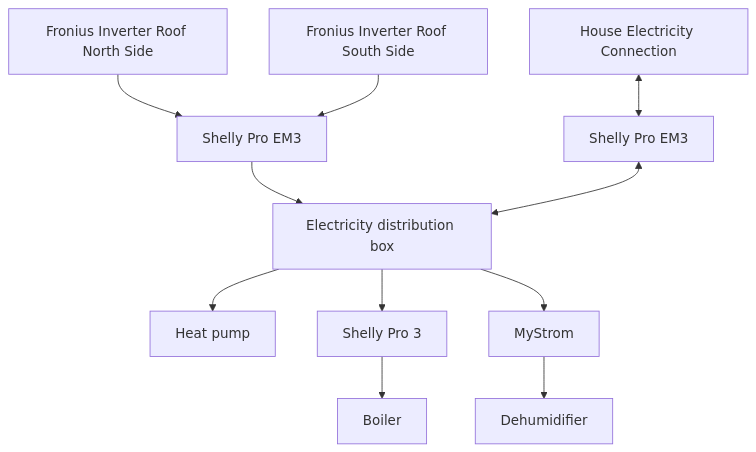
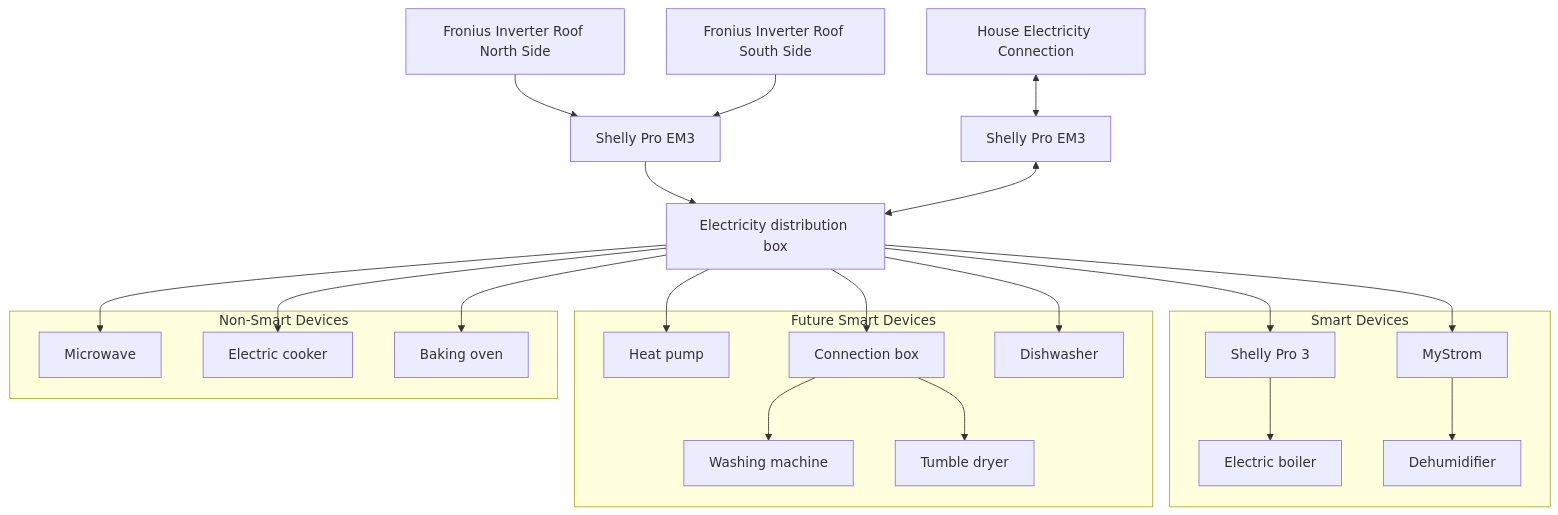
Before and after one commit to hoinmic/pv_openhab: the diagram in README.md, drawn with Mermaid.

Commit message:
docs: extend hardware setup

````diff
--- a/README.md
+++ b/README.md
@@ -63,34 +63,64 @@
 ```mermaid
 graph TD
 A[Fronius Inverter Roof North Side]
 B[Fronius Inverter Roof South Side]
 C[Shelly Pro EM3]
 
 F[House Electricity Connection]
 G[Shelly Pro EM3]
 
 J[Electricity distribution box]
 
-L[Heat pump]
-
 O[Shelly Pro 3]
-P[Boiler]
+P[Electric boiler]
 
 S[MyStrom]
 T[Dehumidifier]
+
+U[Heat pump]
+
+M[Connection box]
+V[Washing machine]
+W[Tumble dryer]
+
+
+N[Microwave]
+X[Electric cooker]
+Y[Baking oven]
+Z[Dishwasher]
 
 A --> C
 B --> C
 C --> J
 
 F <--> G
 G <--> J
 
-J --> L
+J --> O
+J --> S
 
-J --> O
-O --> P
+subgraph Smart Devices
+    O --> P
+    S --> T
+end
 
-J --> S
-S --> T
+J --> U
+J --> M
+J --> Z
+
+subgraph Future Smart Devices
+    U
+    M --> V
+    M --> W
+    Z
+end
+
+J --> N
+J --> X
+J --> Y
+subgraph Non-Smart Devices
+    N
+    X
+    Y
+end
 ```
````
